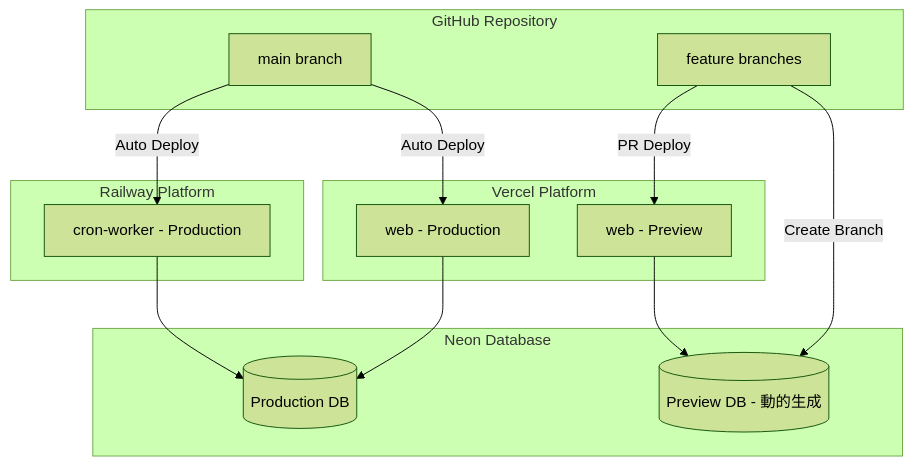
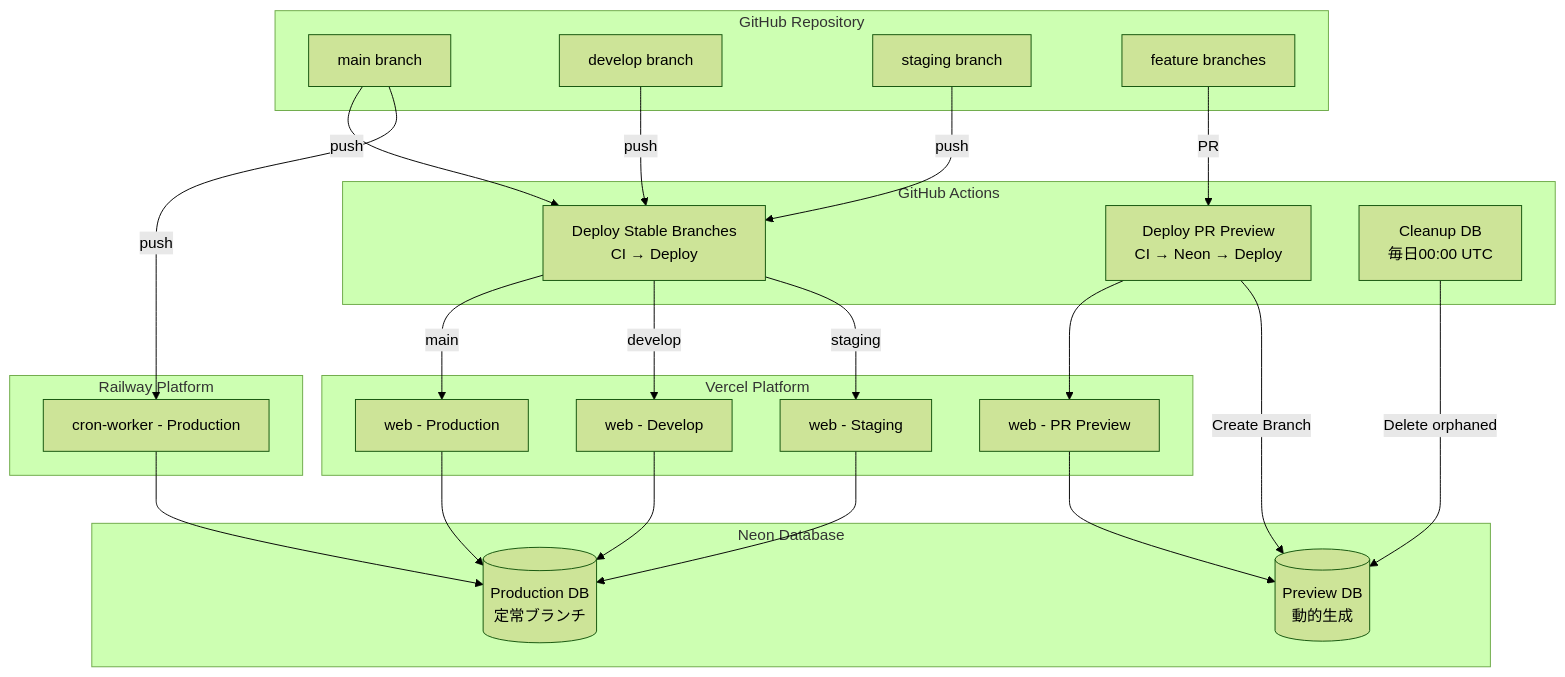
One commit to einja-inc/einja-management-template changed the first of 12 diagrams in docs/einja/steering/infrastructure/deployment.md. Above: the diagram before and after it, drawn with Mermaid (forest theme). The commit also changed other lines of this file, not shown here.

````diff
--- a/docs/einja/steering/infrastructure/deployment.md
+++ b/docs/einja/steering/infrastructure/deployment.md
@@ -29,31 +30,52 @@
 ```mermaid
 graph TB
     subgraph "GitHub Repository"
         Main[main branch]
+        Develop[develop branch]
+        Staging[staging branch]
         Feature[feature branches]
+    end
+
+    subgraph "GitHub Actions"
+        DeployStable[Deploy Stable Branches<br/>CI → Deploy]
+        DeployPR[Deploy PR Preview<br/>CI → Neon → Deploy]
+        Cleanup[Cleanup DB<br/>毎日00:00 UTC]
     end
 
     subgraph "Vercel Platform"
         WebProd[web - Production]
-        WebPreview[web - Preview]
+        WebDev[web - Develop]
+        WebStg[web - Staging]
+        WebPreview[web - PR Preview]
     end
 
     subgraph "Railway Platform"
         CronProd[cron-worker - Production]
     end
 
     subgraph "Neon Database"
-        DBProd[(Production DB)]
-        DBPreview[(Preview DB - 動的生成)]
+        DBProd[(Production DB<br/>定常ブランチ)]
+        DBPreview[(Preview DB<br/>動的生成)]
     end
 
-    Main -->|Auto Deploy| WebProd
-    Main -->|Auto Deploy| CronProd
+    Main -->|push| DeployStable
+    Develop -->|push| DeployStable
+    Staging -->|push| DeployStable
+    Feature -->|PR| DeployPR
 
-    Feature -->|PR Deploy| WebPreview
-    Feature -->|Create Branch| DBPreview
+    DeployStable -->|main| WebProd
+    DeployStable -->|develop| WebDev
+    DeployStable -->|staging| WebStg
+    DeployPR --> WebPreview
+
+    Main -->|push| CronProd
+
+    DeployPR -->|Create Branch| DBPreview
+    Cleanup -->|Delete orphaned| DBPreview
 
     WebProd --> DBProd
+    WebDev --> DBProd
+    WebStg --> DBProd
     WebPreview --> DBPreview
     CronProd --> DBProd
 ```
````
